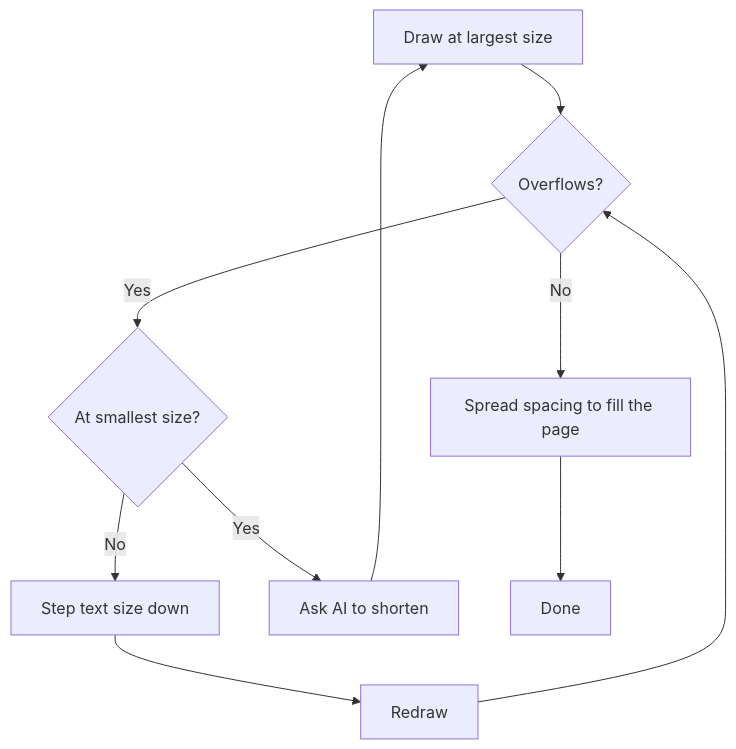
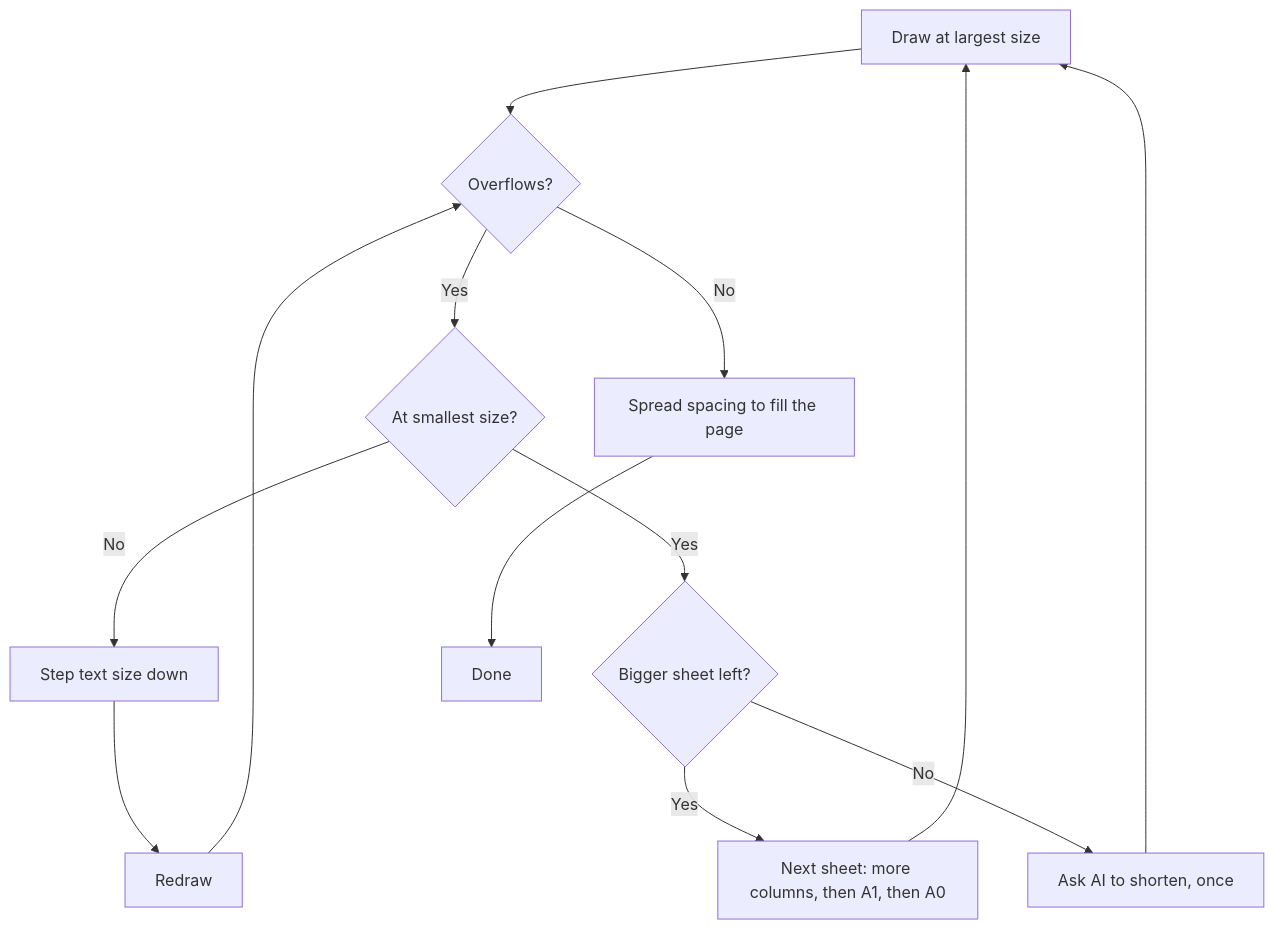
The third of 5 diagrams in docs/LOGICAL-FLOW.md (abozaralizadeh/CheatWall), drawn with Mermaid before and after one commit. The commit also changed other lines of this file and 33 other files, not shown here.

````diff
--- a/docs/LOGICAL-FLOW.md
+++ b/docs/LOGICAL-FLOW.md
@@ -73,12 +80,15 @@
 ```mermaid
 flowchart TD
     A[Draw at largest size] --> B{Overflows?}
     B -- No --> F[Spread spacing to fill the page]
     B -- Yes --> C{At smallest size?}
     C -- No --> D[Step text size down]
     D --> A2[Redraw]
     A2 --> B
-    C -- Yes --> E[Ask AI to shorten]
+    C -- Yes --> S{Bigger sheet left?}
+    S -- Yes --> N[Next sheet: more columns, then A1, then A0]
+    N --> A
+    S -- No --> E[Ask AI to shorten, once]
     E --> A
     F --> G[Done]
 ```
````
